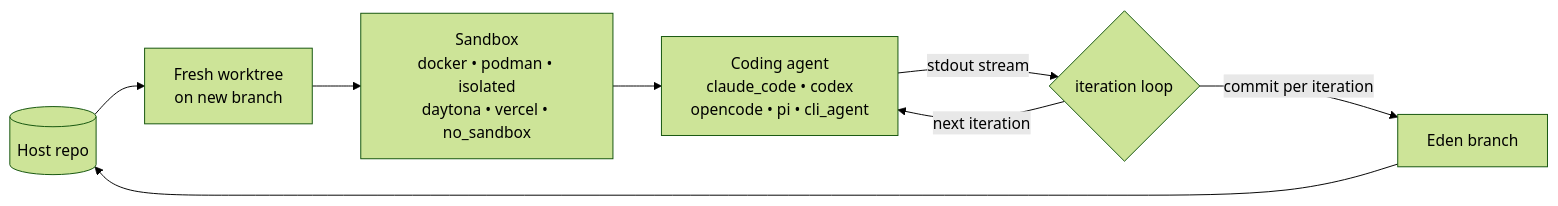
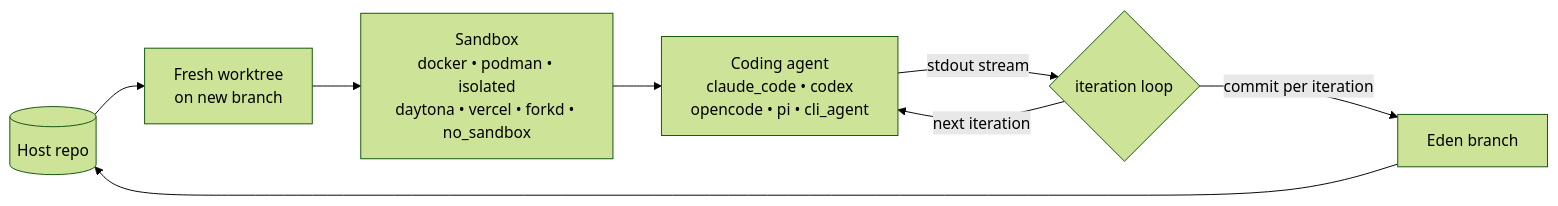
One commit to dotbrains/eden changed the diagram in README.md. Above: the diagram before and after it, drawn with Mermaid (forest theme). The commit also changed other lines of this file, not shown here.

Commit message:
docs: add forkd provider to README sandbox catalog

````diff
--- a/README.md
+++ b/README.md
@@ -12,10 +12,10 @@
 ```mermaid
 flowchart LR
     Repo[(Host repo)] --> WT[Fresh worktree<br/>on new branch]
-    WT --> SB[Sandbox<br/>docker • podman • isolated<br/>daytona • vercel • no_sandbox]
+    WT --> SB[Sandbox<br/>docker • podman • isolated<br/>daytona • vercel • forkd • no_sandbox]
     SB --> Agent[Coding agent<br/>claude_code • codex<br/>opencode • pi • cli_agent]
     Agent -->|stdout stream| Loop{iteration loop}
     Loop -->|commit per iteration| Branch[Eden branch]
     Loop -->|next iteration| Agent
     Branch --> Repo
 ```
````
